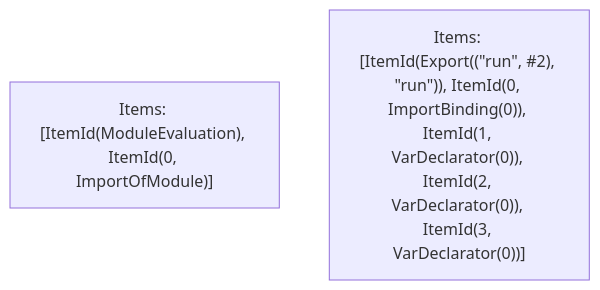
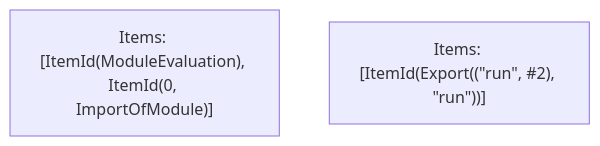
Before and after one commit to vercel/turborepo: the fifth of 5 diagrams in crates/turbopack-ecmascript/tests/tree-shaker/analyzer/ipc-evaluate/output.md, drawn with Mermaid. The commit also changed other lines of this file and 20 other files, not shown here.

````diff
--- a/crates/turbopack-ecmascript/tests/tree-shaker/analyzer/ipc-evaluate/output.md
+++ b/crates/turbopack-ecmascript/tests/tree-shaker/analyzer/ipc-evaluate/output.md
@@ -219,5 +214,5 @@
 ```mermaid
 graph TD
     N0["Items: [ItemId(ModuleEvaluation), ItemId(0, ImportOfModule)]"];
-    N1["Items: [ItemId(Export((&quot;run&quot;, #2), &quot;run&quot;)), ItemId(0, ImportBinding(0)), ItemId(1, VarDeclarator(0)), ItemId(2, VarDeclarator(0)), ItemId(3, VarDeclarator(0))]"];
+    N1["Items: [ItemId(Export((&quot;run&quot;, #2), &quot;run&quot;))]"];
 ```
````
